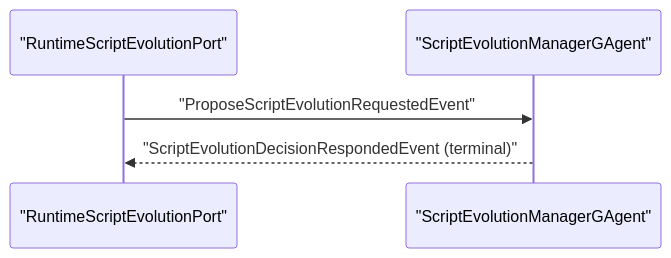
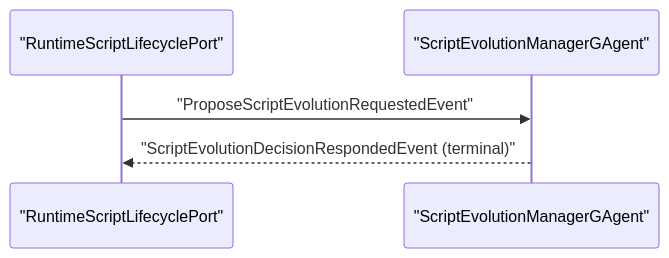
Before and after one commit to aevatarAI/aevatar: the second of 2 diagrams in docs/architecture/scripting-autonomous-evolution-architecture-change-2026-03-02.md, drawn with Mermaid. The commit also changed other lines of this file and 17 other files, not shown here.

First line of the commit message:
Update Aevatar.Scripting architecture to version v6 and enhance lifecycle management

````diff
--- a/docs/architecture/scripting-autonomous-evolution-architecture-change-2026-03-02.md
+++ b/docs/architecture/scripting-autonomous-evolution-architecture-change-2026-03-02.md
@@ -110,9 +108,9 @@
 ```mermaid
 %%{init: {"maxTextSize": 100000, "flowchart": {"useMaxWidth": false, "nodeSpacing": 10, "rankSpacing": 50}, "sequence": {"useMaxWidth": false, "actorMargin": 16, "messageMargin": 12, "diagramMarginX": 20, "diagramMarginY": 10}, "themeVariables": {"fontSize": "10px"}}}%%
 sequenceDiagram
-    participant PORT as "RuntimeScriptEvolutionPort"
+    participant PORT as "RuntimeScriptLifecyclePort"
     participant EVO as "ScriptEvolutionManagerGAgent"
 
     PORT->>EVO: "ProposeScriptEvolutionRequestedEvent"
     EVO-->>PORT: "ScriptEvolutionDecisionRespondedEvent (terminal)"
 ```
````
